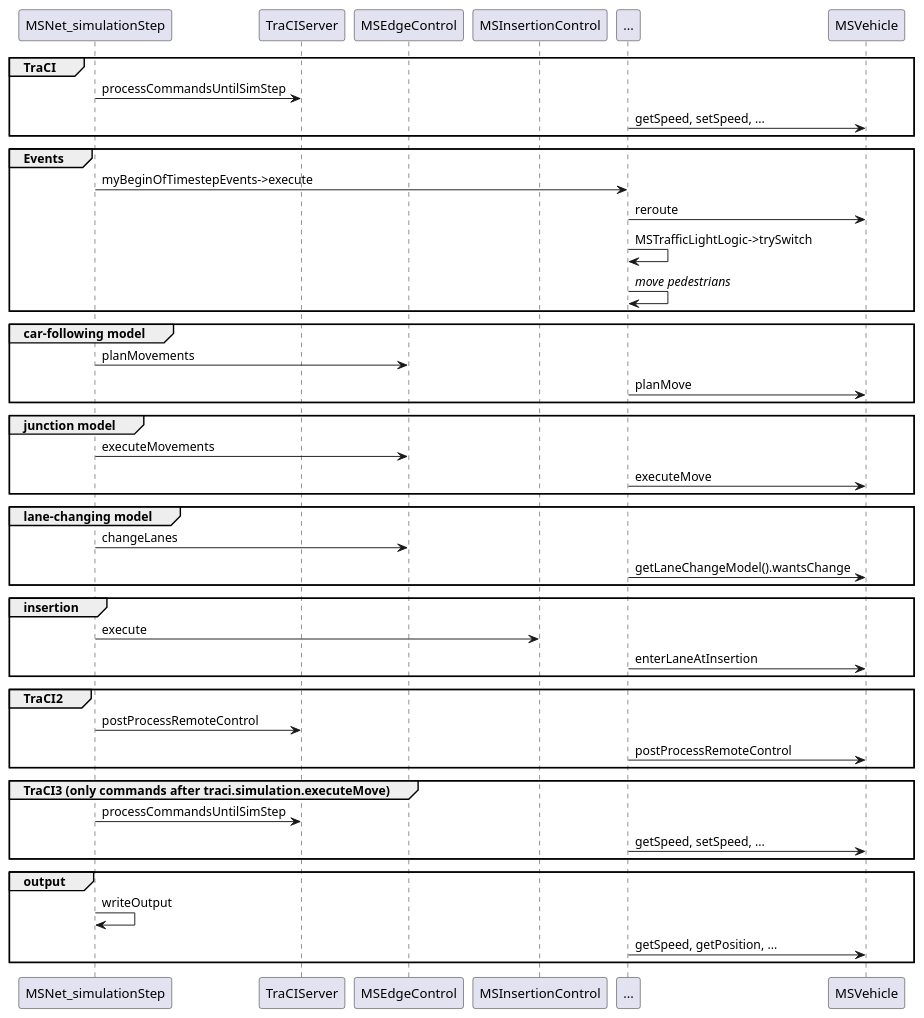
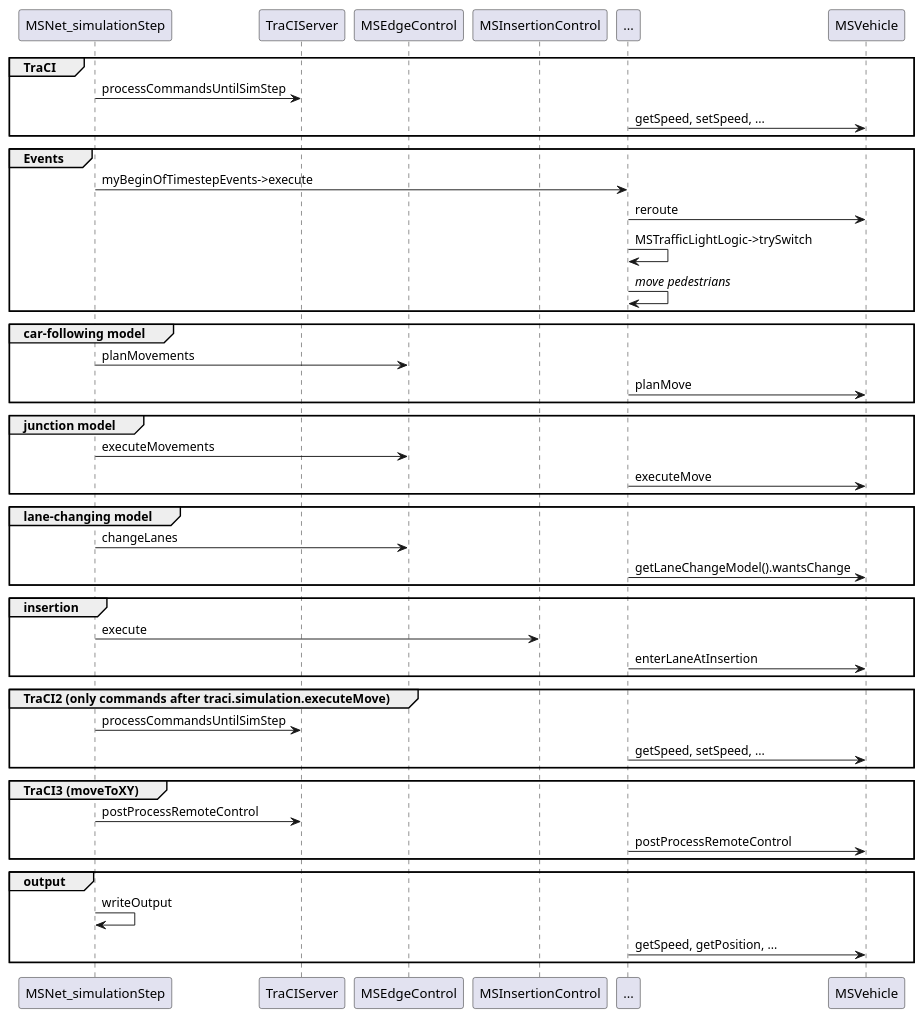
Before and after one commit to eclipse-sumo/sumo: the first of 2 diagrams in docs/web/docs/Developer/Implementation_Notes/Simulation_Loop.md, drawn with PlantUML.

Commit message:
#2 correcting TraCI block order

````diff
--- a/docs/web/docs/Developer/Implementation_Notes/Simulation_Loop.md
+++ b/docs/web/docs/Developer/Implementation_Notes/Simulation_Loop.md
@@ -11,59 +11,59 @@
 ```plantuml
 @startuml
 participant MSNet_simulationStep as simstep
 participant TraCIServer
 participant MSEdgeControl
 participant MSInsertionControl
 participant MSInsertionControl
 participant ...
 participant MSVehicle
 
 group TraCI
 simstep -> TraCIServer : processCommandsUntilSimStep
 ... -> MSVehicle : getSpeed, setSpeed, ...
 end
 
 group Events
 simstep -> ... : myBeginOfTimestepEvents->execute
 ... -> MSVehicle : reroute
 ... -> ... : MSTrafficLightLogic->trySwitch
 ... -> ... : //move pedestrians//
 end
 
 group car-following model
 simstep -> MSEdgeControl : planMovements
 ... -> MSVehicle : planMove
 end
 
 group junction model
 simstep -> MSEdgeControl : executeMovements
 ... -> MSVehicle : executeMove
 end
 
 group lane-changing model
 simstep -> MSEdgeControl : changeLanes
 ... -> MSVehicle : getLaneChangeModel().wantsChange
 end
 
 group insertion
 simstep -> MSInsertionControl : execute
 ... -> MSVehicle : enterLaneAtInsertion
 end
 
-group TraCI2
+group TraCI2 (only commands after traci.simulation.executeMove)
+simstep -> TraCIServer : processCommandsUntilSimStep
+... -> MSVehicle : getSpeed, setSpeed, ...
+end
+
+group TraCI3 (moveToXY)
 simstep -> TraCIServer : postProcessRemoteControl
 ... -> MSVehicle : postProcessRemoteControl
-end
-
-group TraCI3 (only commands after traci.simulation.executeMove)
-simstep -> TraCIServer : processCommandsUntilSimStep
-... -> MSVehicle : getSpeed, setSpeed, ...
 end
 
 group output
 simstep -> simstep : writeOutput
 ... -> MSVehicle : getSpeed, getPosition, ...
 end
 
 @enduml
 ```
````
